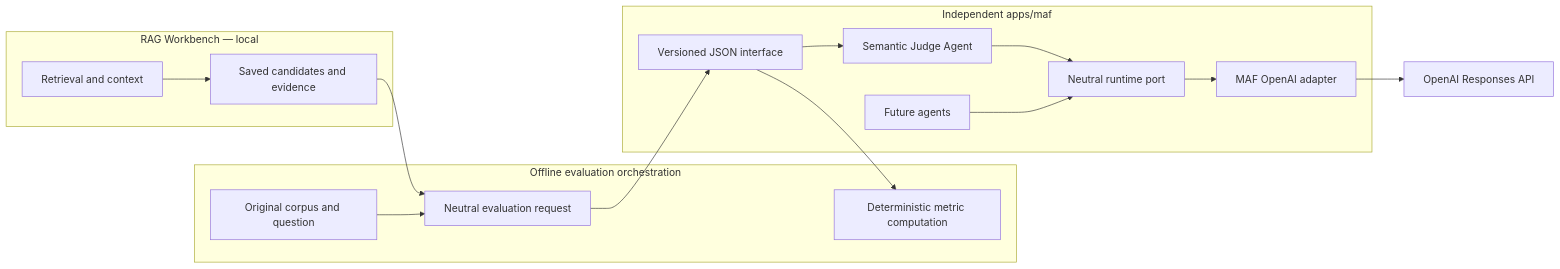
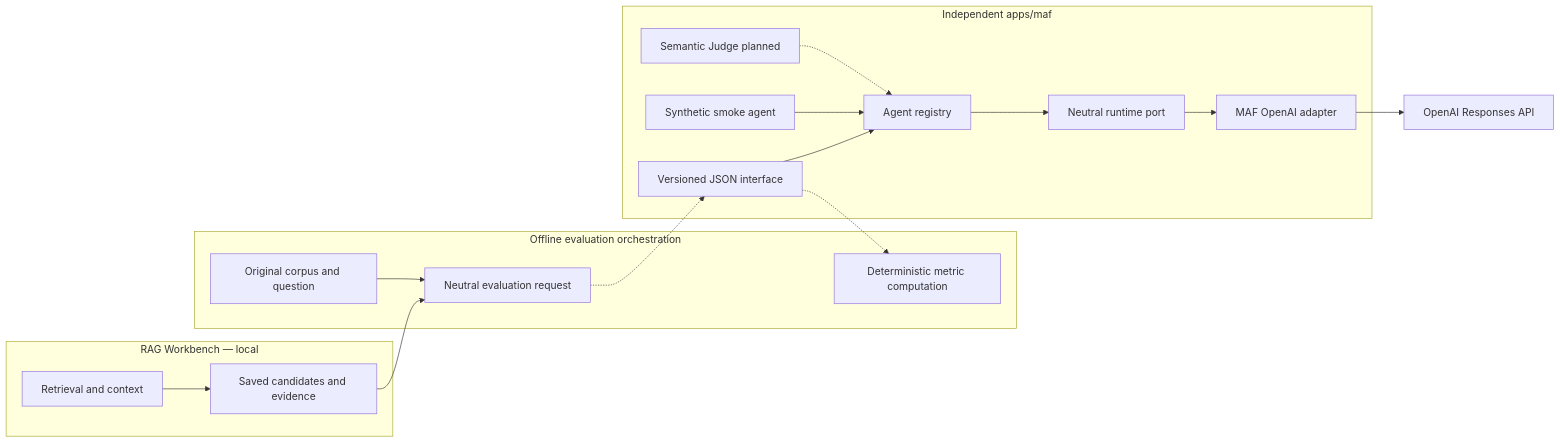
One commit to VibeInAMajor/rag-experiment changed the diagram in tasks/maf/MAF_ARCHITECTURE.md. Above: the diagram before and after it, drawn with Mermaid. The commit also changed other lines of this file and 23 other files, not shown here.

Commit message:
feat(maf): add standalone bounded agent runtime

````diff
--- a/tasks/maf/MAF_ARCHITECTURE.md
+++ b/tasks/maf/MAF_ARCHITECTURE.md
@@ -12,27 +13,30 @@
 ```mermaid
 flowchart LR
     subgraph RAG["RAG Workbench — local"]
         Search[Retrieval and context]
         Capture[Saved candidates and evidence]
         Search --> Capture
     end
     subgraph Eval["Offline evaluation orchestration"]
         Source[Original corpus and question]
         Export[Neutral evaluation request]
         Score[Deterministic metric computation]
         Capture --> Export
         Source --> Export
     end
     subgraph MAF["Independent apps/maf"]
         CLI[Versioned JSON interface]
-        Judge[Semantic Judge Agent]
+        Registry[Agent registry]
+        Smoke[Synthetic smoke agent]
+        Judge[Semantic Judge planned]
         Runtime[Neutral runtime port]
         Adapter[MAF OpenAI adapter]
-        CLI --> Judge --> Runtime
+        CLI --> Registry --> Runtime
+        Smoke --> Registry
+        Judge -.-> Registry
         Runtime --> Adapter
-        Future[Future agents] --> Runtime
     end
-    Export --> CLI
+    Export -.-> CLI
     Adapter --> OpenAI[OpenAI Responses API]
-    CLI --> Score
+    CLI -.-> Score
 ```
````
